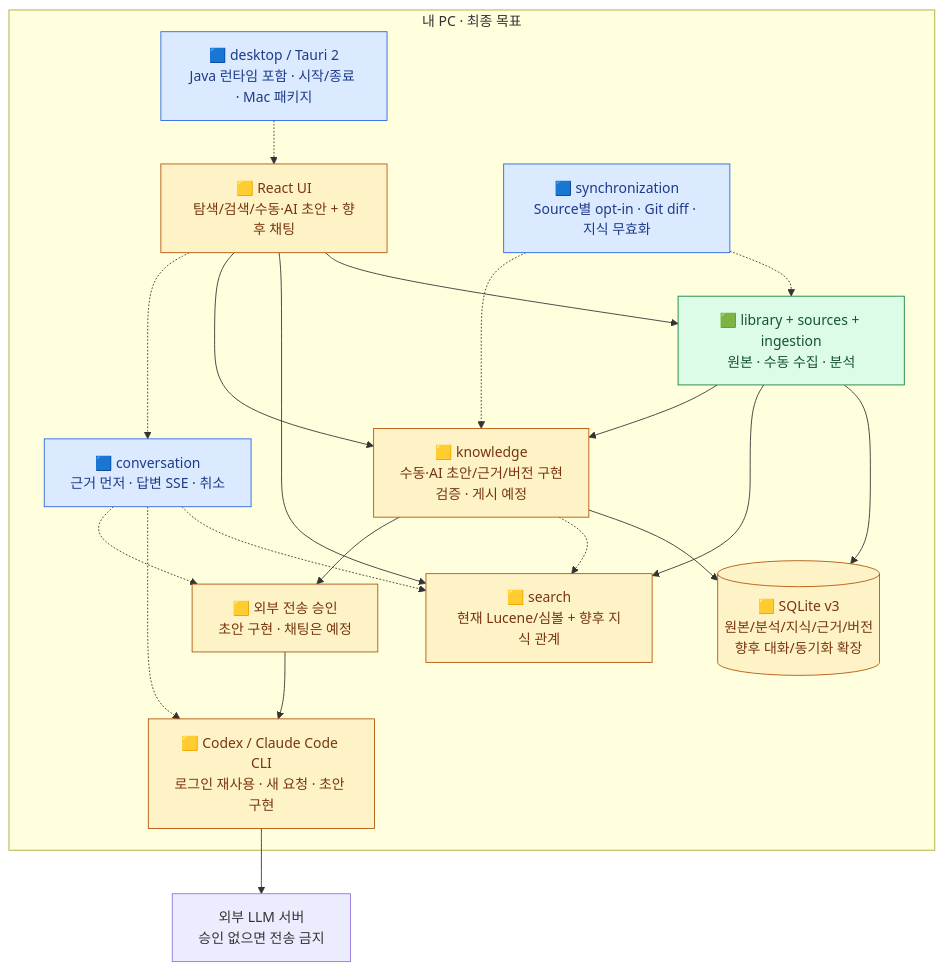
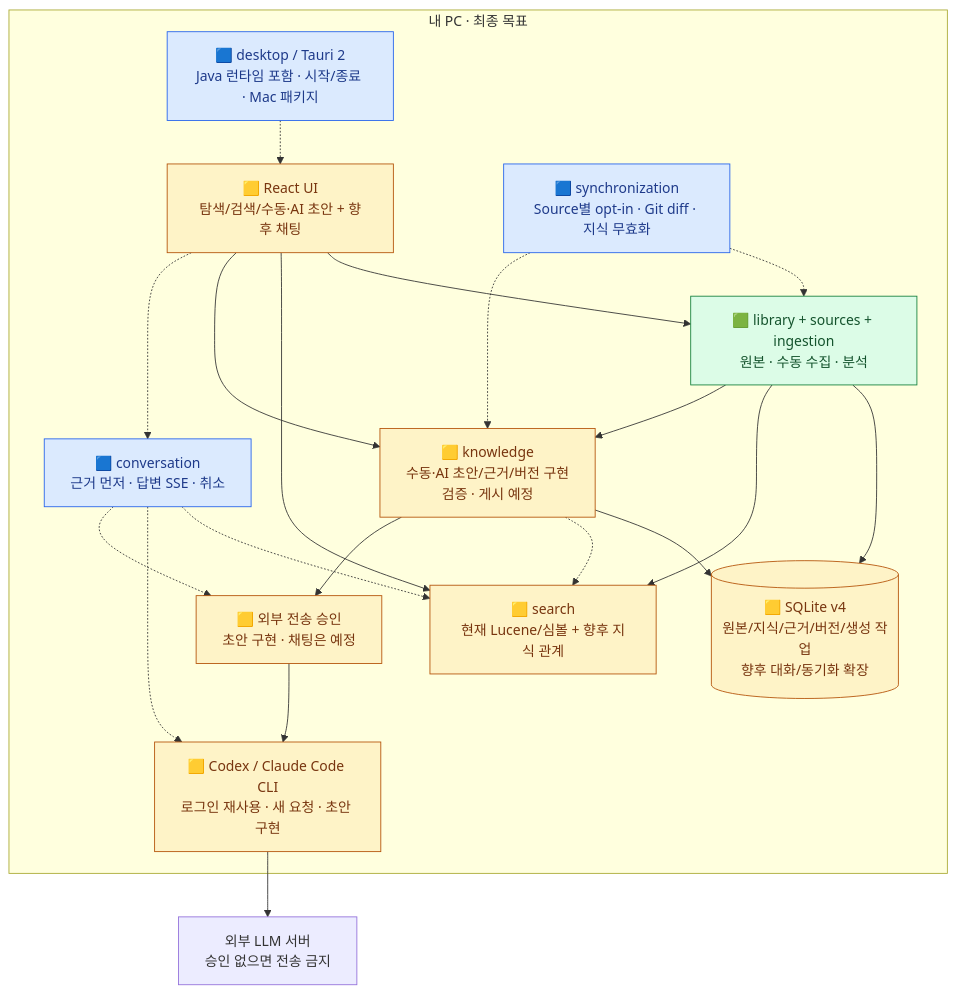
The third of 5 diagrams in docs/design-map.md (thisisnew/dougle), drawn with Mermaid before and after one commit. The commit also changed other lines of this file and 31 other files, not shown here.

````diff
--- a/docs/design-map.md
+++ b/docs/design-map.md
@@ -109,39 +113,39 @@
 ```mermaid
 flowchart TB
     subgraph PC["내 PC · 최종 목표"]
         HOST["🟦 desktop / Tauri 2<br/>Java 런타임 포함 · 시작/종료 · Mac 패키지"]
         UI["🟨 React UI<br/>탐색/검색/수동·AI 초안 + 향후 채팅"]
         RAW["🟩 library + sources + ingestion<br/>원본 · 수동 수집 · 분석"]
         RET["🟨 search<br/>현재 Lucene/심볼 + 향후 지식 관계"]
         KNOW["🟨 knowledge<br/>수동·AI 초안/근거/버전 구현<br/>검증 · 게시 예정"]
         CHAT["🟦 conversation<br/>근거 먼저 · 답변 SSE · 취소"]
         SYNC["🟦 synchronization<br/>Source별 opt-in · Git diff · 지식 무효화"]
-        SQL[("🟨 SQLite v3<br/>원본/분석/지식/근거/버전<br/>향후 대화/동기화 확장")]
+        SQL[("🟨 SQLite v4<br/>원본/지식/근거/버전/생성 작업<br/>향후 대화/동기화 확장")]
         MODEL["🟨 Codex / Claude Code CLI<br/>로그인 재사용 · 새 요청 · 초안 구현"]
         POLICY["🟨 외부 전송 승인<br/>초안 구현 · 채팅은 예정"]
         HOST -.-> UI
         UI --> RAW
         UI --> RET
         UI --> KNOW
         UI -.-> CHAT
         RAW --> SQL
         RAW --> RET
         RAW --> KNOW
         KNOW --> SQL
         KNOW -.-> RET
         POLICY --> MODEL
         CHAT -.-> RET
         CHAT -.-> MODEL
         CHAT -.-> POLICY
         KNOW --> POLICY
         SYNC -.-> RAW
         SYNC -.-> KNOW
     end
     MODEL --> EXT["외부 LLM 서버<br/>승인 없으면 전송 금지"]
     classDef done fill:#dcfce7,stroke:#15803d,color:#14532d
     classDef partial fill:#fef3c7,stroke:#b45309,color:#78350f
     classDef planned fill:#dbeafe,stroke:#2563eb,color:#1e3a8a
     class RAW done
     class UI,RET,SQL,KNOW,MODEL,POLICY partial
     class HOST,CHAT,SYNC planned
 ```
````
